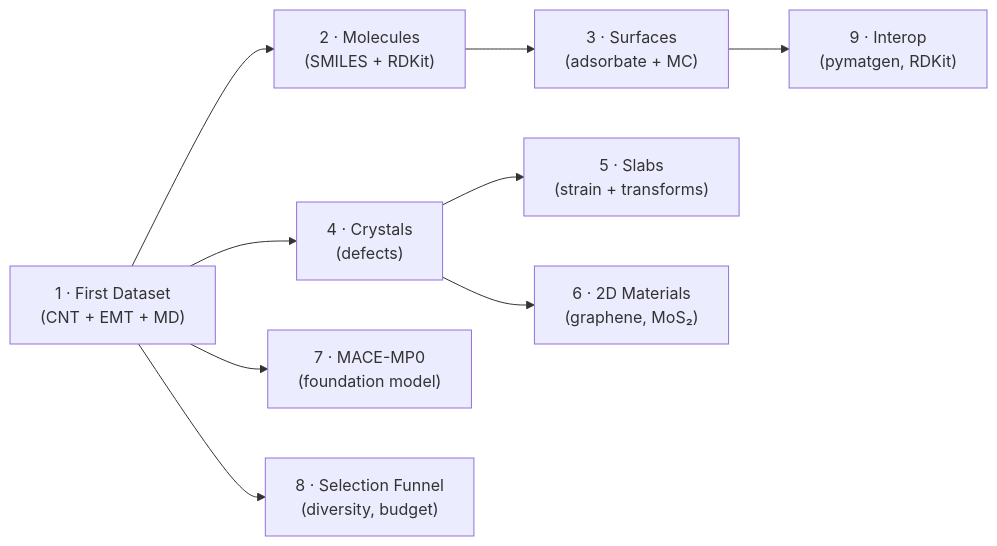
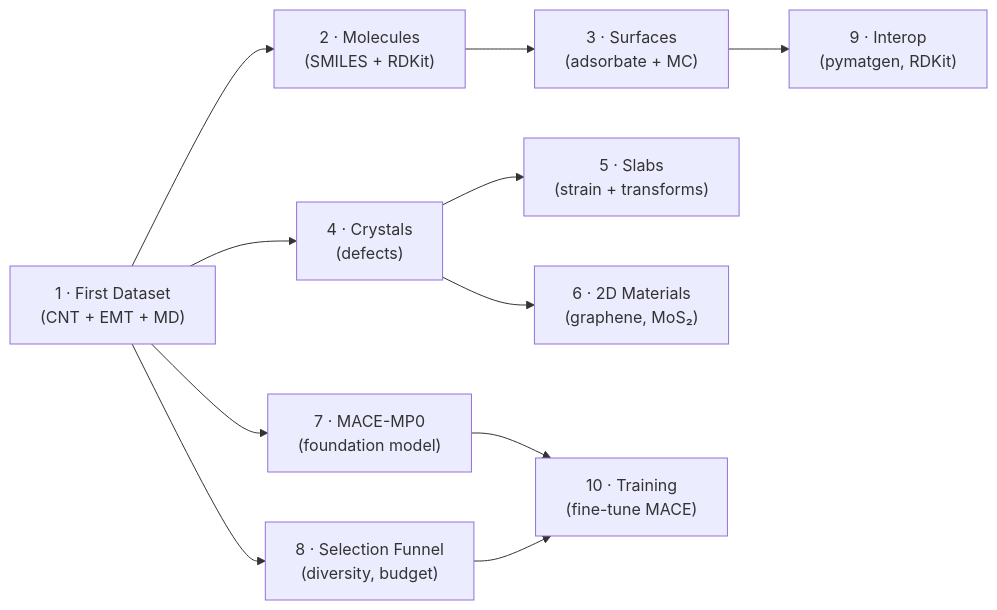
One commit to basillicus/traincraft changed the diagram in docs/tutorials/index.md. Above: the diagram before and after it, drawn with Mermaid. The commit also changed other lines of this file and 29 other files, not shown here.

First line of the commit message:
feat(training): Phase 3 Chunk 1 — MACE multi-head training stage + docs hosting

````diff
--- a/docs/tutorials/index.md
+++ b/docs/tutorials/index.md
@@ -14,21 +14,24 @@
 ```mermaid
 graph LR
     T1["1 · First Dataset<br/>(CNT + EMT + MD)"]
     T2["2 · Molecules<br/>(SMILES + RDKit)"]
     T3["3 · Surfaces<br/>(adsorbate + MC)"]
     T4["4 · Crystals<br/>(defects)"]
     T5["5 · Slabs<br/>(strain + transforms)"]
     T6["6 · 2D Materials<br/>(graphene, MoS₂)"]
     T7["7 · MACE-MP0<br/>(foundation model)"]
     T8["8 · Selection Funnel<br/>(diversity, budget)"]
     T9["9 · Interop<br/>(pymatgen, RDKit)"]
+    T10["10 · Training<br/>(fine-tune MACE)"]
 
     T1 --> T2
     T1 --> T4
     T2 --> T3
     T4 --> T5
     T4 --> T6
     T1 --> T7
     T1 --> T8
     T3 --> T9
+    T7 --> T10
+    T8 --> T10
 ```
````
